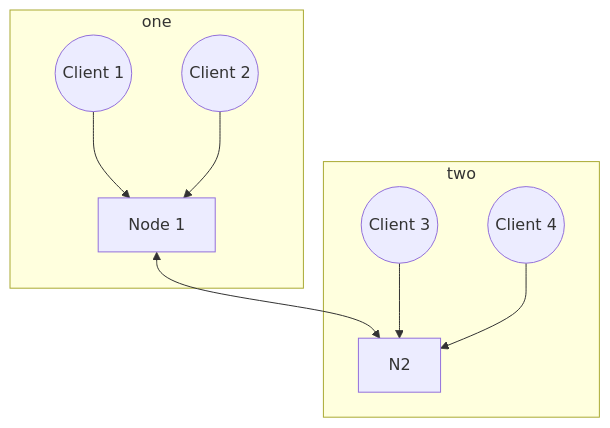
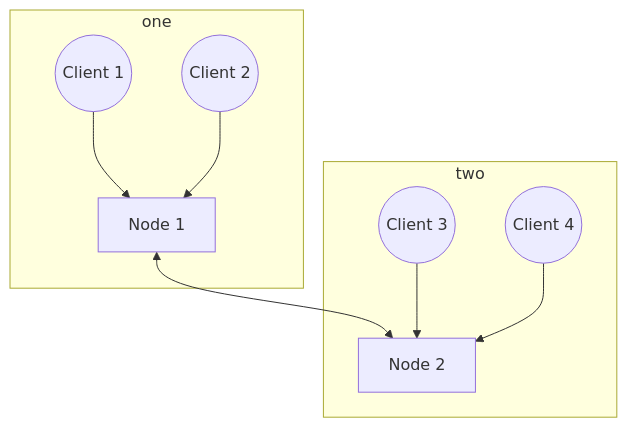
The diagram in README.md (niklas-enns/message-broker), drawn with Mermaid before and after one commit.

````diff
--- a/README.md
+++ b/README.md
@@ -11,12 +11,12 @@
 ```mermaid
 graph TB;
-    N1[Node 1]<-->N2
+    N1[Node 1]<-->N2[Node 2]
     subgraph one
     C1((Client 1))-->N1;
     C2((Client 2))-->N1;
     end
     subgraph two
     C3((Client 3))-->N2;
     C4((Client 4))-->N2;
     end
 ```
````
